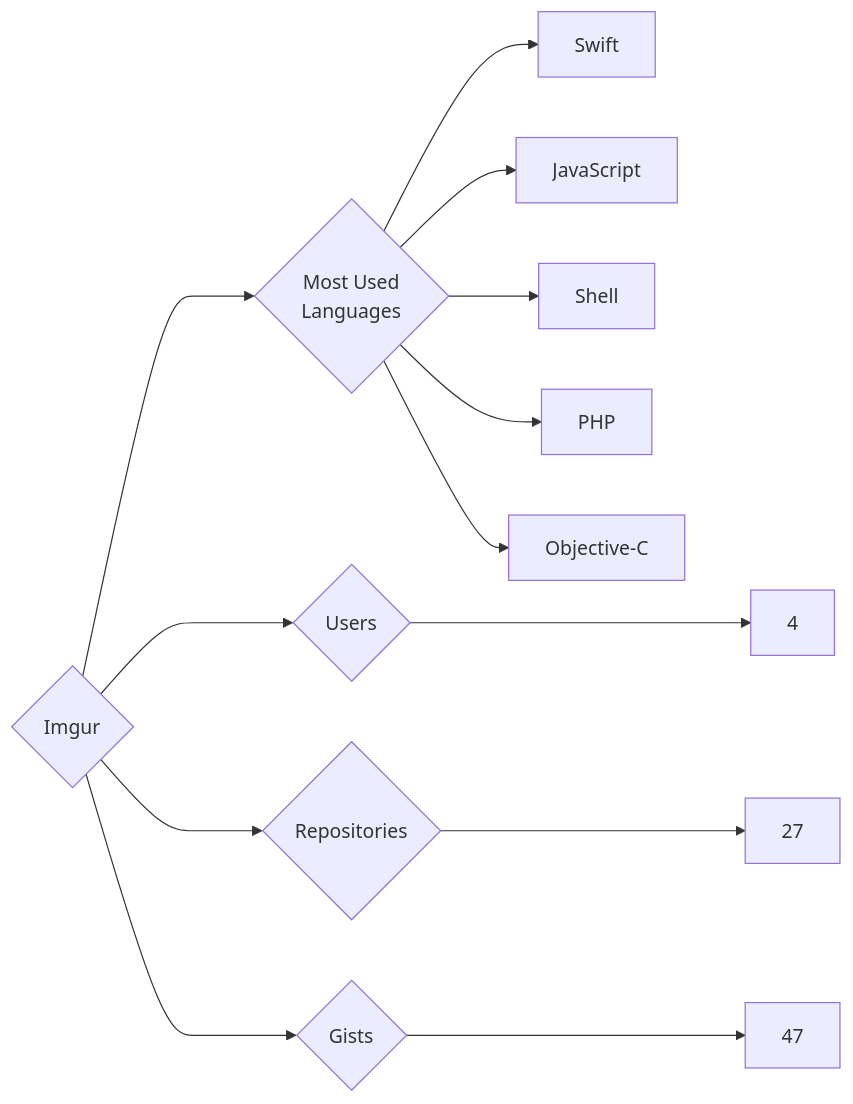
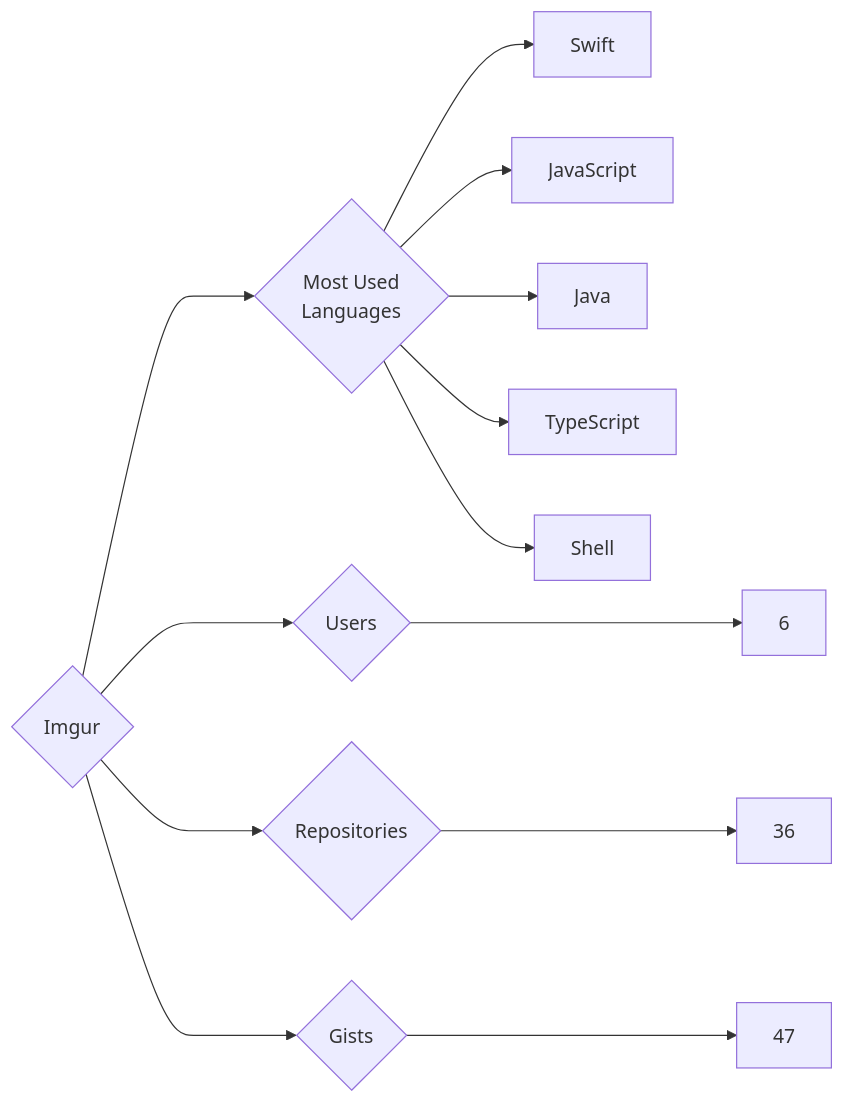
Before and after one commit to trickest/insiders: the diagram in targets/Imgur/README.md, drawn with Mermaid. The commit also changed 951 other files, not shown here.

````diff
--- a/targets/Imgur/README.md
+++ b/targets/Imgur/README.md
@@ -3,13 +3,13 @@
 ```mermaid
 graph LR
 COMPANY_NAME{Imgur}
-COMPANY_NAME ---> U{Users} ---> UN[4]
-COMPANY_NAME ---> R{Repositories} ---> RN[27]
+COMPANY_NAME ---> U{Users} ---> UN[6]
+COMPANY_NAME ---> R{Repositories} ---> RN[36]
 COMPANY_NAME ---> G{Gists} ---> GN[47]
 COMPANY_NAME ---> ML{Most Used<br>Languages}
-ML --> Swift
-ML --> JavaScript
-ML --> Shell
-ML --> PHP
-ML --> Objective-C
+ML --> Swift[Swift]
+ML --> JavaScript[JavaScript]
+ML --> Java[Java]
+ML --> TypeScript[TypeScript]
+ML --> Shell[Shell]
 ```
````
